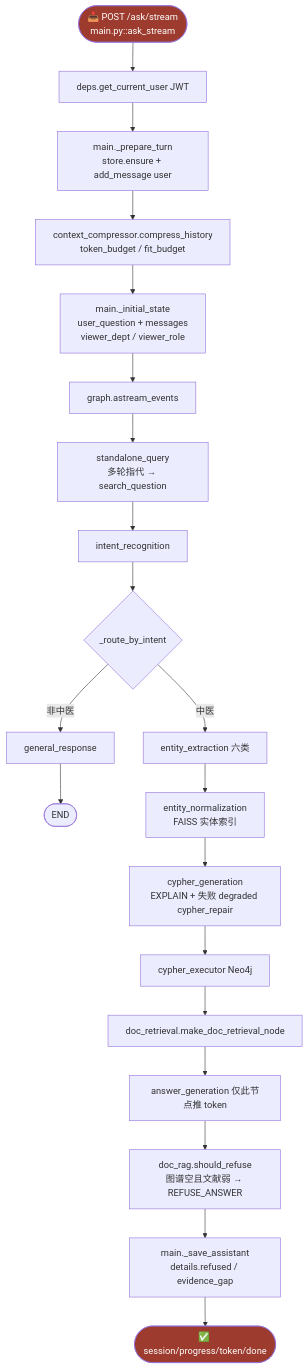
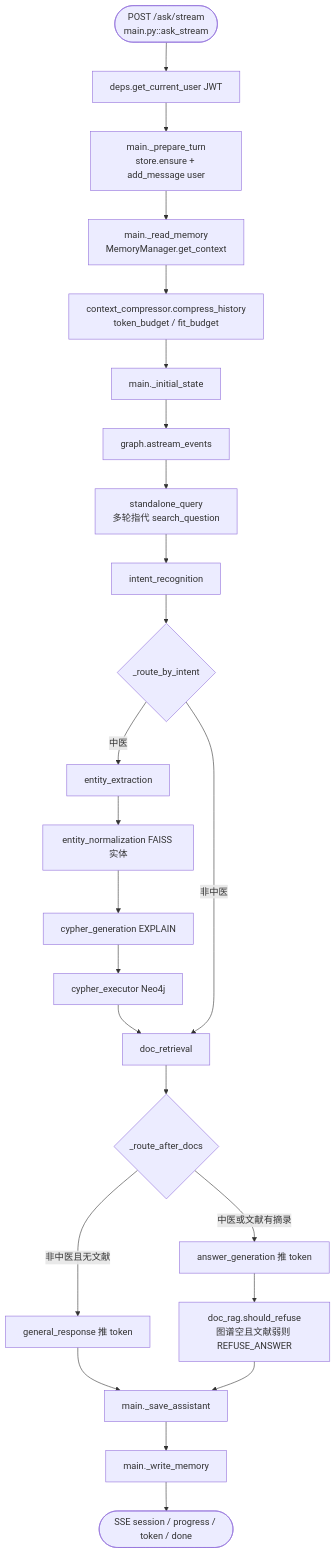
One commit to Ajet9009/chinese_medical changed the second of 7 diagrams in docs/系统架构.md. Above: the diagram before and after it, drawn with Mermaid. The commit also changed other lines of this file and 61 other files, not shown here.

````diff
--- a/docs/系统架构.md
+++ b/docs/系统架构.md
@@ -81,26 +93,31 @@
 ```mermaid
 flowchart TD
-    A(["📥 POST /ask/stream<br/>main.py::ask_stream"]):::start
+    A(["POST /ask/stream<br/>main.py::ask_stream"])
     A --> AUTH["deps.get_current_user JWT"]
     AUTH --> PRE["main._prepare_turn<br/>store.ensure + add_message user"]
-    PRE --> COMP["context_compressor.compress_history<br/>token_budget / fit_budget"]
-    COMP --> INIT["main._initial_state<br/>user_question + messages<br/>viewer_dept / viewer_role"]
+    PRE --> MEMR["main._read_memory<br/>MemoryManager.get_context"]
+    MEMR --> COMP["context_compressor.compress_history<br/>token_budget / fit_budget"]
+    COMP --> INIT["main._initial_state"]
     INIT --> G["graph.astream_events"]
 
-    G --> SQ["standalone_query<br/>多轮指代 → search_question"]
+    G --> SQ["standalone_query<br/>多轮指代 search_question"]
     SQ --> IR["intent_recognition"]
     IR --> R{_route_by_intent}
 
-    R -->|非中医| GR["general_response"] --> END1(["END"])
-    R -->|中医| EX["entity_extraction 六类"]
-    EX --> NZ["entity_normalization<br/>FAISS 实体索引"]
-    NZ --> CG["cypher_generation<br/>EXPLAIN + 失败 degraded cypher_repair"]
+    R -->|中医| EX["entity_extraction"]
+    EX --> NZ["entity_normalization FAISS 实体"]
+    NZ --> CG["cypher_generation EXPLAIN"]
     CG --> CE["cypher_executor Neo4j"]
-    CE --> DR["doc_retrieval.make_doc_retrieval_node"]
-    DR --> AG["answer_generation 仅此节点推 token"]
-    AG --> MIX["doc_rag.should_refuse<br/>图谱空且文献弱 → REFUSE_ANSWER"]
-    MIX --> SAVE["main._save_assistant<br/>details.refused / evidence_gap"]
-    SAVE --> END2(["✅ session/progress/token/done"]):::start
+    CE --> DR["doc_retrieval"]
 
-classDef start fill:#9c3b2e,color:#fff;
+    R -->|非中医| DR
+
+    DR --> R2{_route_after_docs}
+    R2 -->|中医或文献有摘录| AG["answer_generation 推 token"]
+    R2 -->|非中医且无文献| GR["general_response 推 token"]
+    AG --> MIX["doc_rag.should_refuse<br/>图谱空且文献弱则 REFUSE_ANSWER"]
+    GR --> SAVE
+    MIX --> SAVE["main._save_assistant"]
+    SAVE --> MEMW["main._write_memory"]
+    MEMW --> END2(["SSE session / progress / token / done"])
 ```
````
